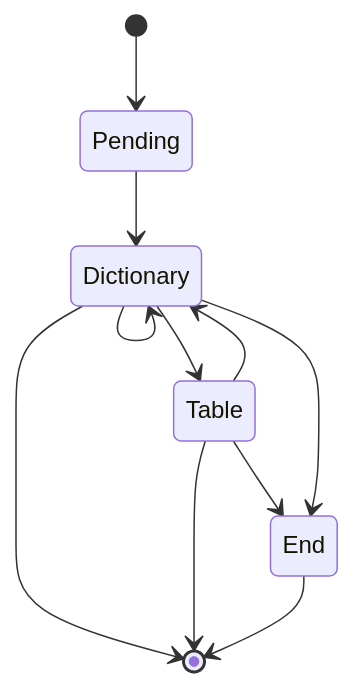
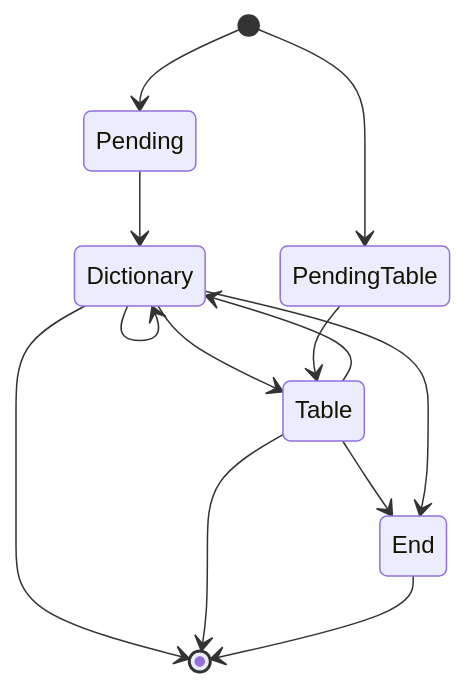
Before and after one commit to maoji-programming/TextReportReader: the diagram in README.md, drawn with Mermaid. The commit also changed other lines of this file, not shown here.

Commit message:
Fix typo of README.md and add the section of raw table text

````diff
--- a/README.md
+++ b/README.md
@@ -57,15 +70,18 @@
 ```mermaid
 stateDiagram
     [*] --> Pending
     Pending --> Dictionary
     Dictionary --> Dictionary
     Dictionary --> Table
     Table --> Dictionary
     
+    [*] --> PendingTable
+    PendingTable --> Table
+    
     Table --> End
     Dictionary --> End
     
     Dictionary --> [*]
     Table --> [*]
     End --> [*]
 ```
````
